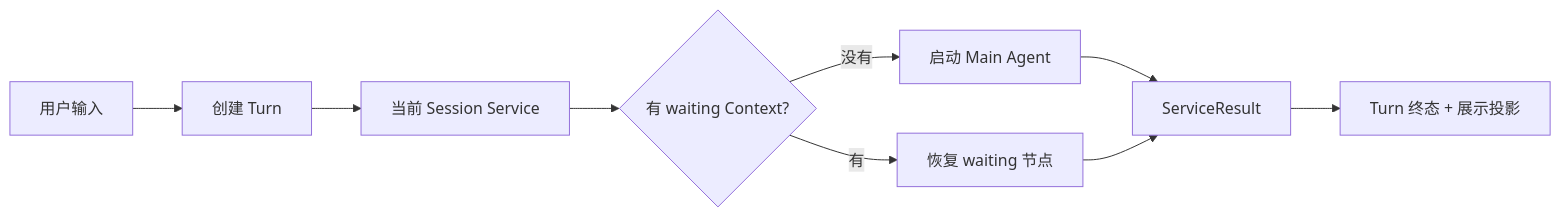
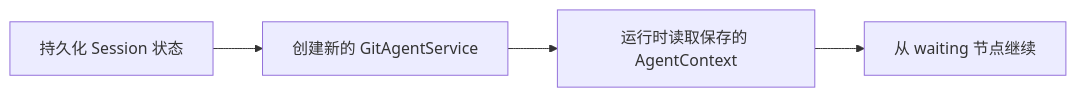
One commit to Arthur999459up/GitAgent changed the fourth of 12 diagrams in docs/13-application-config-and-prompts.md. Above: the diagram before and after it, drawn with Mermaid. The commit also changed other lines of this file and 16 other files, not shown here.

````diff
--- a/docs/13-application-config-and-prompts.md
+++ b/docs/13-application-config-and-prompts.md
@@ -132,11 +219,6 @@
 ```mermaid
 flowchart LR
-    U[用户输入] --> T[创建 Turn]
-    T --> S[当前 Session Service]
-    S --> D{有 waiting Context?}
-    D -->|没有| M[启动 Main Agent]
-    D -->|有| R[恢复 waiting 节点]
-    M --> O[ServiceResult]
-    R --> O
-    O --> P[Turn 终态 + 展示投影]
+    P[持久化 Session 状态] --> NS[创建新的 GitAgentService]
+    NS --> LOAD[运行时读取保存的 AgentContext]
+    LOAD --> RESUME[从 waiting 节点继续]
 ```
````
